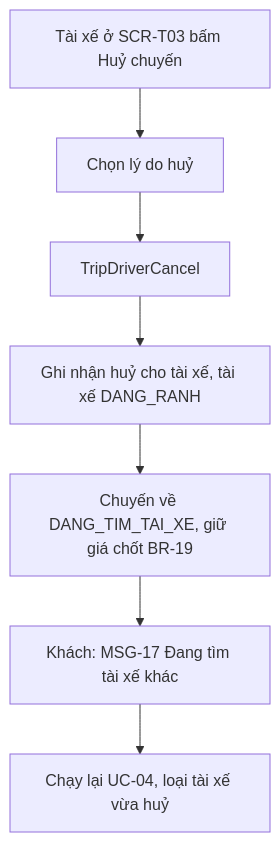
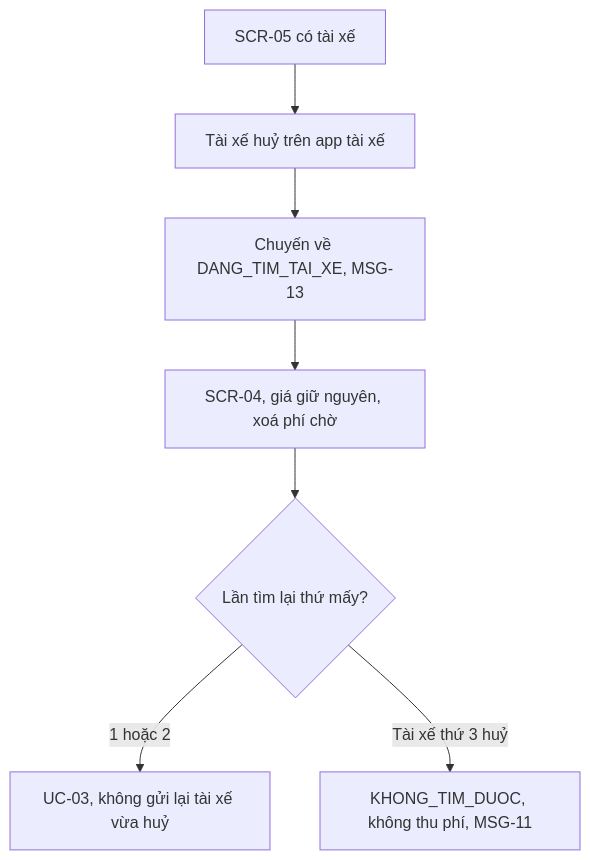
The eighth of 20 diagrams in docs/SRS.md (uxfoundation-vn/de05-dat-xe-cho-khach), drawn with Mermaid before and after one commit. The commit also changed other lines of this file and 2 other files, not shown here.

First line of the commit message:
Đề 5: chỉ giữ luồng của khách

````diff
--- a/docs/SRS.md
+++ b/docs/SRS.md
@@ -473,9 +400,9 @@
 ```mermaid
 flowchart TD
-  A["Tài xế ở SCR-T03 bấm Huỷ chuyến"] --> B["Chọn lý do huỷ"]
-  B --> C["TripDriverCancel"]
-  C --> D["Ghi nhận huỷ cho tài xế, tài xế DANG_RANH"]
-  D --> E["Chuyến về DANG_TIM_TAI_XE, giữ giá chốt BR-19"]
-  E --> F["Khách: MSG-17 Đang tìm tài xế khác"]
-  F --> G["Chạy lại UC-04, loại tài xế vừa huỷ"]
+  A["SCR-05 có tài xế"] --> B["Tài xế huỷ trên app tài xế"]
+  B --> C["Chuyến về DANG_TIM_TAI_XE, MSG-13"]
+  C --> D["SCR-04, giá giữ nguyên, xoá phí chờ"]
+  D --> E{"Lần tìm lại thứ mấy?"}
+  E -->|1 hoặc 2| F["UC-03, không gửi lại tài xế vừa huỷ"]
+  E -->|Tài xế thứ 3 huỷ| G["KHONG_TIM_DUOC, không thu phí, MSG-11"]
 ```
````
